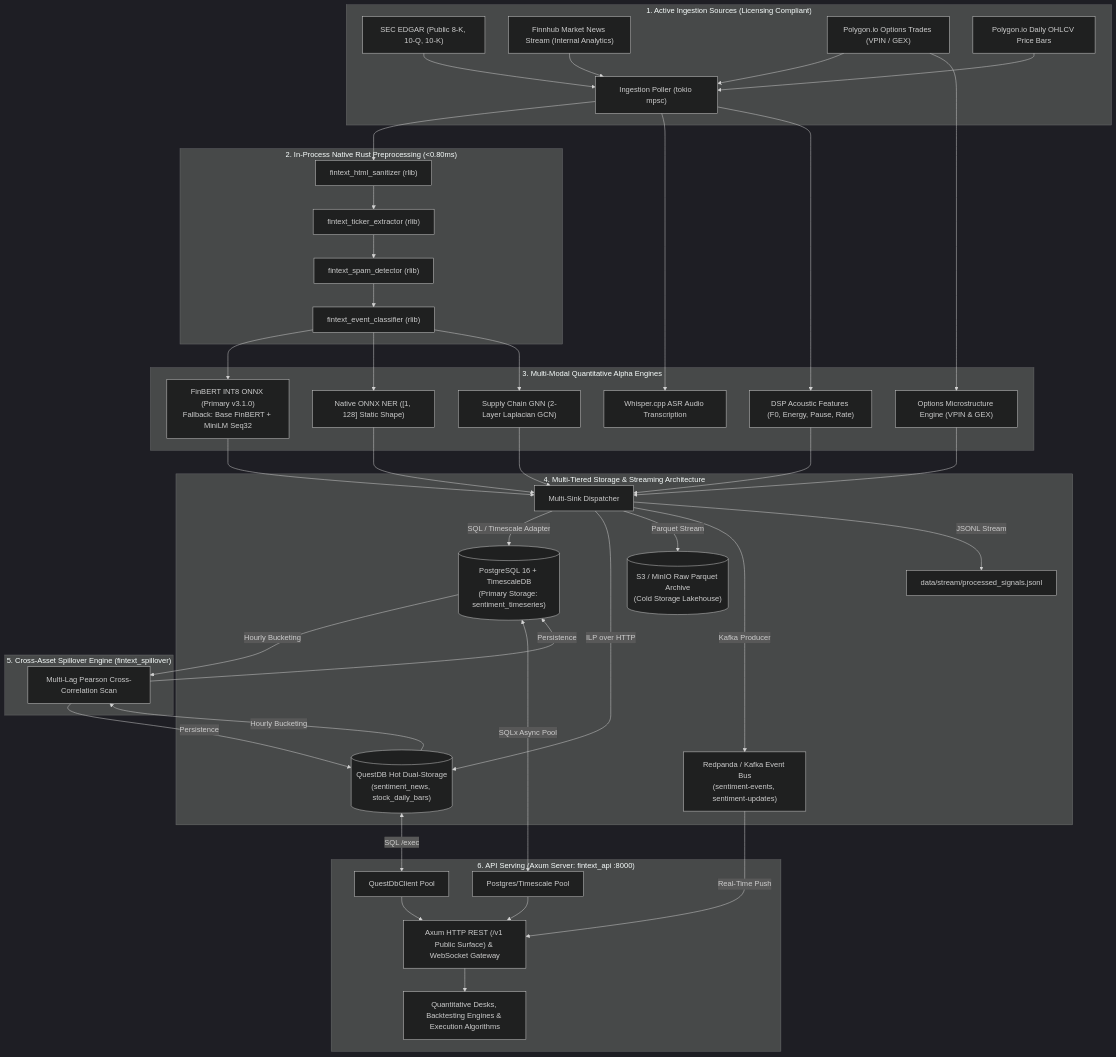
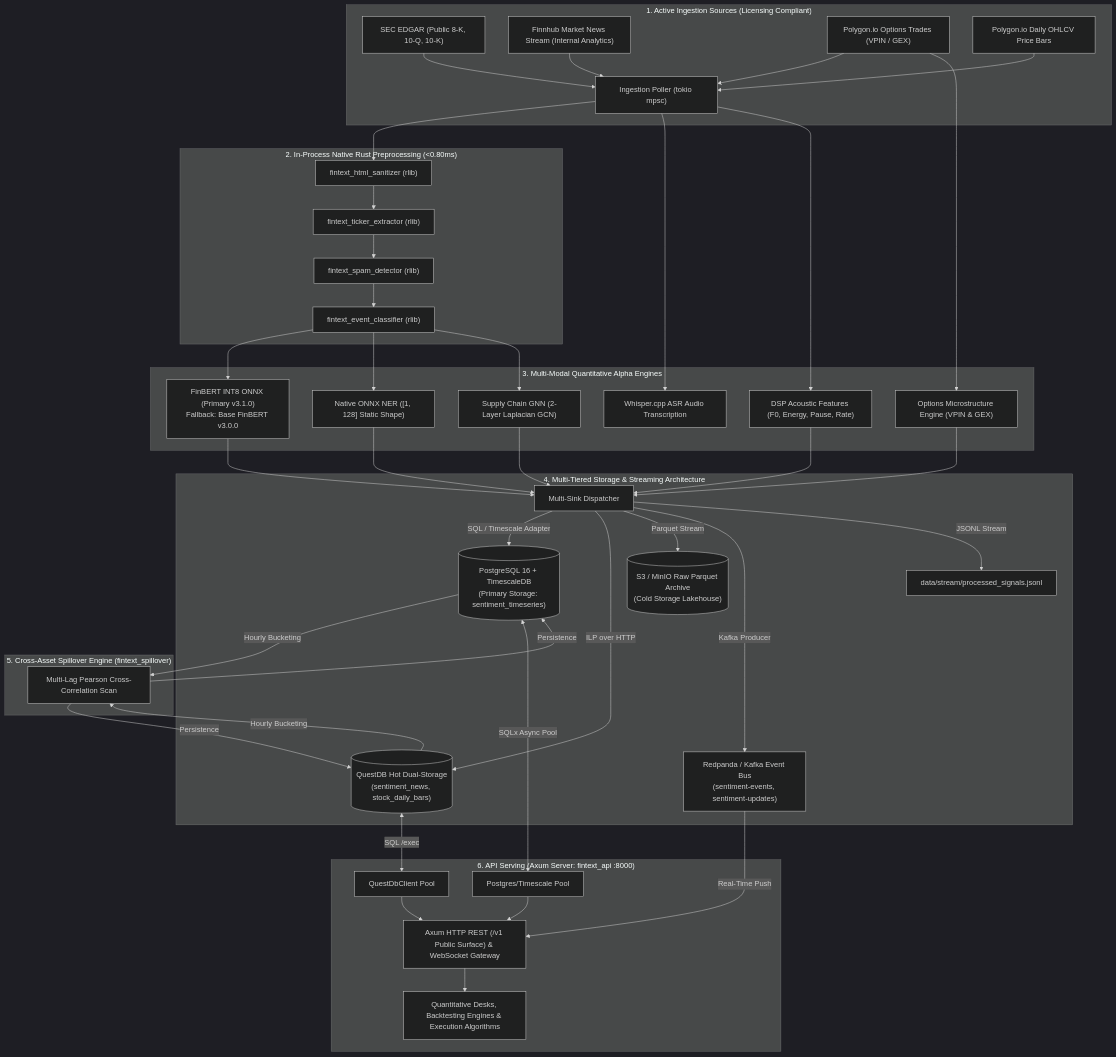
The diagram in README.md (Venkatesh-Akula-417/Fintext-Alpha), drawn with Mermaid (dark theme) before and after one commit. The commit also changed other lines of this file, not shown here.

First line of the commit message:
docs(readme): align with current architecture (Batch 2a)

````diff
--- a/README.md
+++ b/README.md
@@ -21,48 +21,48 @@
 ```mermaid
 flowchart TB
     subgraph DataSources ["1. Active Ingestion Sources (Licensing Compliant)"]
         SEC["SEC EDGAR (Public 8-K, 10-Q, 10-K)"]
         FH["Finnhub Market News Stream (Internal Analytics)"]
         POLY_OPT["Polygon.io Options Trades (VPIN / GEX)"]
         POLY_BARS["Polygon.io Daily OHLCV Price Bars"]
         SEC & FH & POLY_OPT & POLY_BARS --> POLLER["Ingestion Poller (tokio mpsc)"]
     end
 
     subgraph RustPipeline ["2. In-Process Native Rust Preprocessing (<0.80ms)"]
         POLLER --> SANITIZER["fintext_html_sanitizer (rlib)"]
         SANITIZER --> EXTRACTOR["fintext_ticker_extractor (rlib)"]
         EXTRACTOR --> SPAM["fintext_spam_detector (rlib)"]
         SPAM --> CLASSIFIER["fintext_event_classifier (rlib)"]
     end
 
     subgraph MultimodalModels ["3. Multi-Modal Quantitative Alpha Engines"]
-        CLASSIFIER --> SENTIMENT["FinBERT INT8 ONNX (Primary v3.1.0)<br/>Fallback: Base FinBERT + MiniLM Seq32"]
+        CLASSIFIER --> SENTIMENT["FinBERT INT8 ONNX (Primary v3.1.0)<br/>Fallback: Base FinBERT v3.0.0"]
         CLASSIFIER --> NER["Native ONNX NER ([1, 128] Static Shape)"]
         POLLER --> WHISPER["Whisper.cpp ASR Audio Transcription"]
         POLLER --> DSP["DSP Acoustic Features (F0, Energy, Pause, Rate)"]
         POLY_OPT --> MICRO["Options Microstructure Engine (VPIN & GEX)"]
         CLASSIFIER --> GNN["Supply Chain GNN (2-Layer Laplacian GCN)"]
     end
 
     subgraph StorageSinks ["4. Multi-Tiered Storage & Streaming Architecture"]
         SENTIMENT & NER & DSP & MICRO & GNN --> SINK_ROUTER["Multi-Sink Dispatcher"]
         SINK_ROUTER -->|SQL / Timescale Adapter| TIMESCALE[("PostgreSQL 16 + TimescaleDB<br/>(Primary Storage: sentiment_timeseries)")]
         SINK_ROUTER -->|ILP over HTTP| QUESTDB[("QuestDB Hot Dual-Storage<br/>(sentiment_news, stock_daily_bars)")]
         SINK_ROUTER -->|Parquet Stream| S3_ARCHIVE[("S3 / MinIO Raw Parquet Archive<br/>(Cold Storage Lakehouse)")]
         SINK_ROUTER -->|Kafka Producer| KAFKA["Redpanda / Kafka Event Bus<br/>(sentiment-events, sentiment-updates)"]
         SINK_ROUTER -->|JSONL Stream| LOCAL_SINK["data/stream/processed_signals.jsonl"]
     end
 
     subgraph QuantAnalytics ["5. Cross-Asset Spillover Engine (fintext_spillover)"]
         TIMESCALE & QUESTDB -->|Hourly Bucketing| SPILLOVER["Multi-Lag Pearson Cross-Correlation Scan"]
         SPILLOVER -->|Persistence| TIMESCALE & QUESTDB
     end
 
     subgraph Gateway ["6. API Serving (Axum Server: fintext_api :8000)"]
         TIMESCALE <-->|SQLx Async Pool| PG_CLIENT["Postgres/Timescale Pool"]
         QUESTDB <-->|SQL /exec| QDB_CLIENT["QuestDbClient Pool"]
         KAFKA -->|Real-Time Push| AXUM["Axum HTTP REST (/v1 Public Surface) & WebSocket Gateway"]
         PG_CLIENT & QDB_CLIENT --> AXUM
         AXUM --> QUANTS["Quantitative Desks, Backtesting Engines & Execution Algorithms"]
     end
 ```
````
